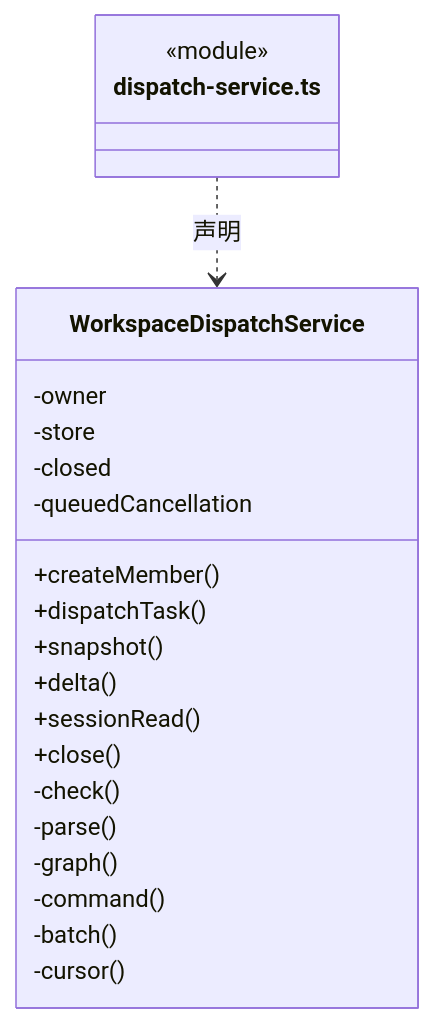
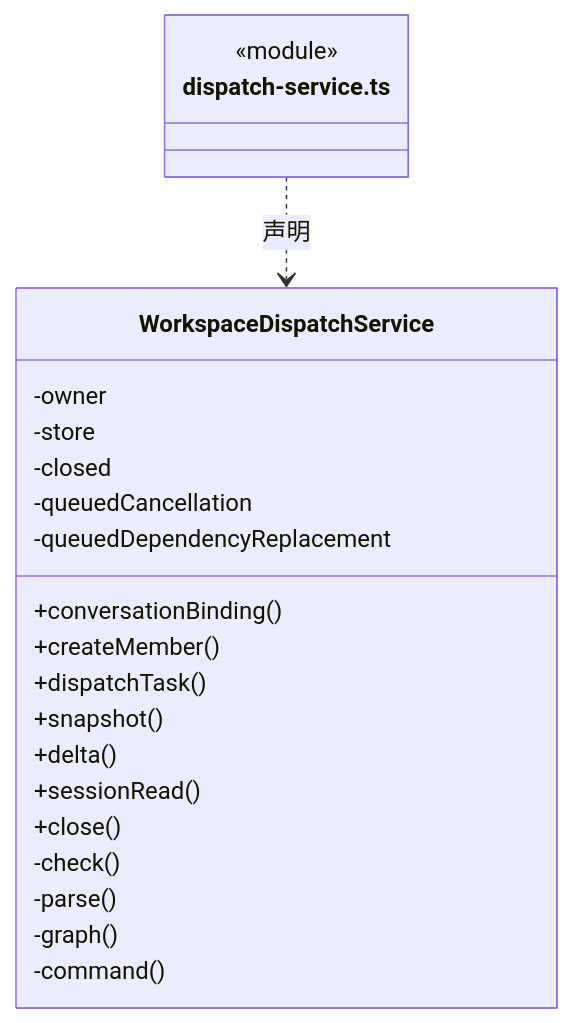
Before and after one commit to nan023062/cbim: the seventh of 50 diagrams in src/backend/scheduler-engine/execution/ARCHITECTURE.md, drawn with Mermaid. The commit also changed other lines of this file and 53 other files, not shown here.

````diff
--- a/src/backend/scheduler-engine/execution/ARCHITECTURE.md
+++ b/src/backend/scheduler-engine/execution/ARCHITECTURE.md
@@ -232,25 +233,25 @@
 ```mermaid
 classDiagram
 class N_src_backend_scheduler_engine_execution_dispatch_service_ts["dispatch-service.ts"] {
   <<module>>
 }
 class N_src_backend_scheduler_engine_execution_dispatch_service_ts_WorkspaceDispatchService["WorkspaceDispatchService"] {
+  +conversationBinding()
   +createMember()
   +dispatchTask()
   +snapshot()
   +delta()
   +sessionRead()
   +close()
   -owner
   -store
   -closed
   -queuedCancellation
+  -queuedDependencyReplacement
   -check()
   -parse()
   -graph()
   -command()
-  -batch()
-  -cursor()
 }
 N_src_backend_scheduler_engine_execution_dispatch_service_ts ..> N_src_backend_scheduler_engine_execution_dispatch_service_ts_WorkspaceDispatchService : 声明
 ```
````
